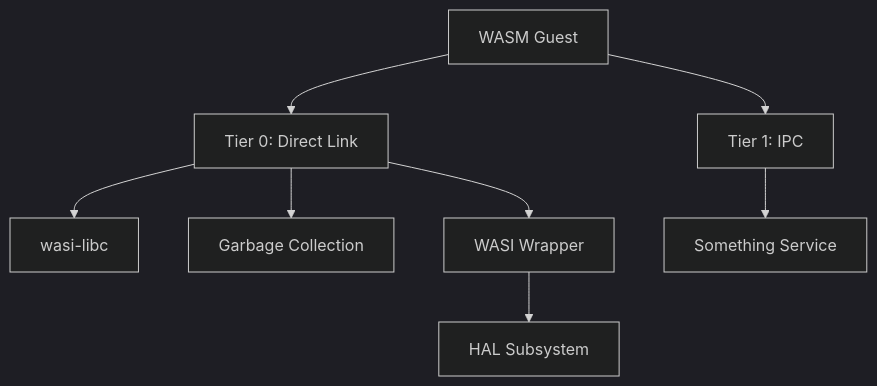
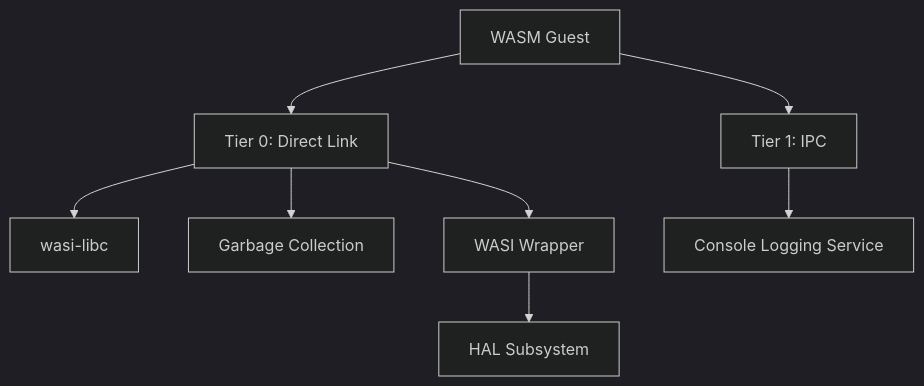
Before and after one commit to kmt-t/fireball: the first of 3 diagrams in docs/components/interface/system_service.md, drawn with Mermaid (dark theme). The commit also changed other lines of this file and 44 other files, not shown here.

````diff
--- a/docs/components/interface/system_service.md
+++ b/docs/components/interface/system_service.md
@@ -17,10 +17,10 @@
 ```mermaid
 graph TD
     Guest[WASM Guest] --> T0[Tier 0: Direct Link]
     Guest --> T1[Tier 1: IPC]
     T0 --> libc[wasi-libc]
     T0 --> GC[Garbage Collection]
     T0 --> WASI[WASI Wrapper]
-    T1 --> Something[Something Service]
+    T1 --> Something[Console Logging Service]
     WASI --> HAL[HAL Subsystem]
 ```
````
